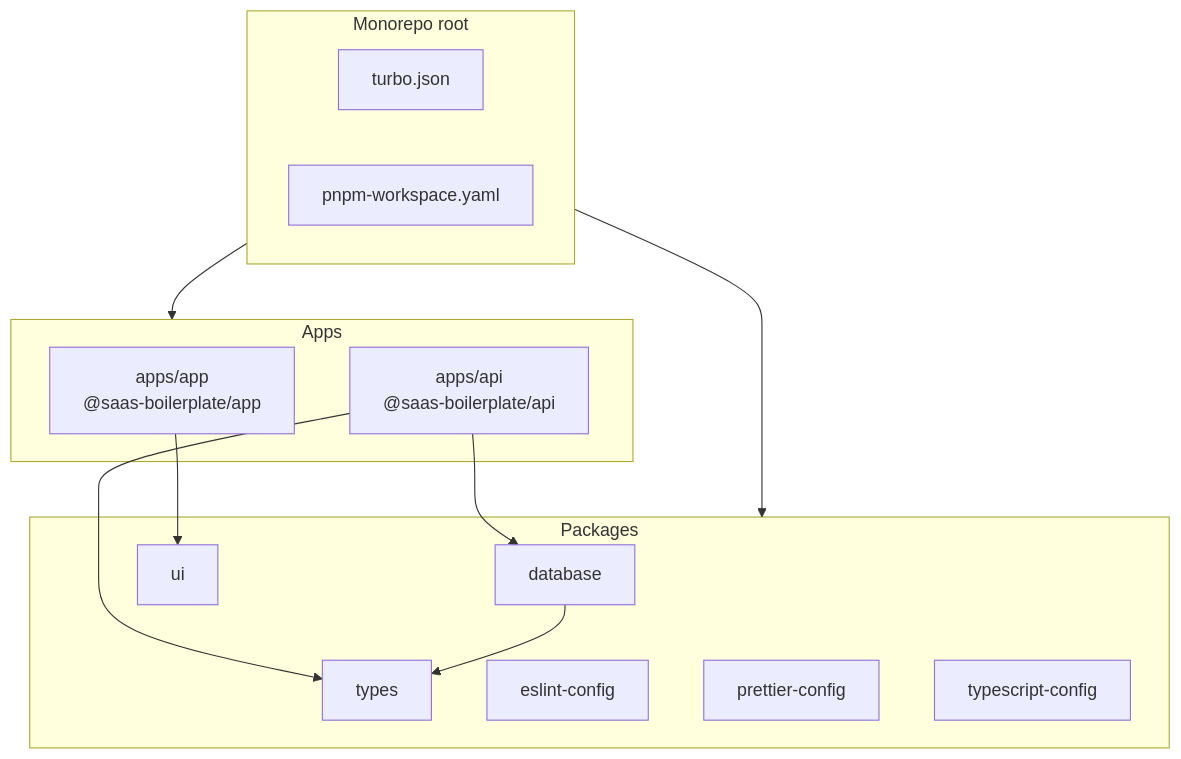
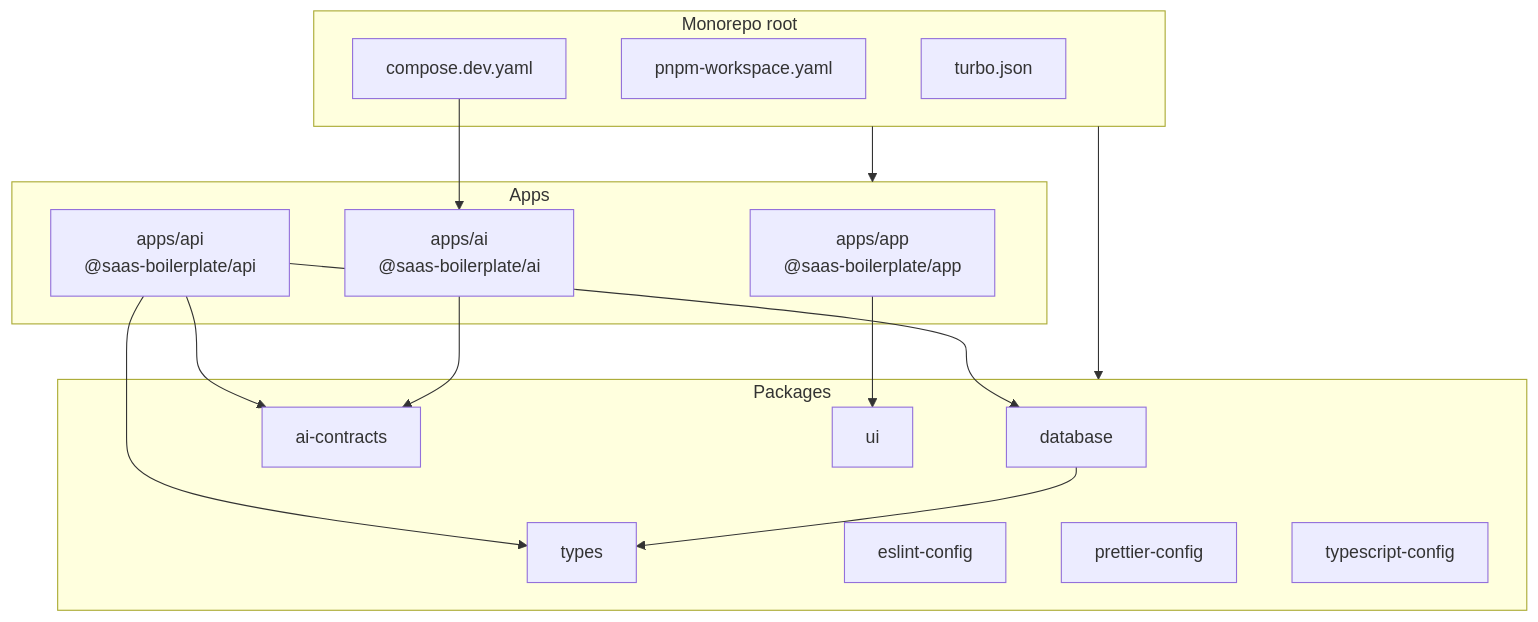
One commit to Khalil-Bchir/full-stack-saas-boilerplate changed the first of 3 diagrams in doc/features/monorepo-workflow.md. Above: the diagram before and after it, drawn with Mermaid. The commit also changed other lines of this file and 91 other files, not shown here.

````diff
--- a/doc/features/monorepo-workflow.md
+++ b/doc/features/monorepo-workflow.md
@@ -7,28 +7,34 @@
 ```mermaid
 flowchart TB
     subgraph Root[Monorepo root]
         Turbo[turbo.json]
         PNPM[pnpm-workspace.yaml]
+        Compose[compose.dev.yaml]
     end
 
     subgraph Apps
         App["apps/app<br/>@saas-boilerplate/app"]
         API["apps/api<br/>@saas-boilerplate/api"]
+        AI["apps/ai<br/>@saas-boilerplate/ai"]
     end
 
     subgraph Packages
         DB[database]
         Types[types]
+        Contracts[ai-contracts]
         UI[ui]
         ESLint[eslint-config]
         Prettier[prettier-config]
         TS[typescript-config]
     end
 
     Root --> Apps
     Root --> Packages
     App --> UI
     API --> DB
     API --> Types
+    API --> Contracts
+    AI --> Contracts
     DB --> Types
+    Compose --> AI
 ```
````
